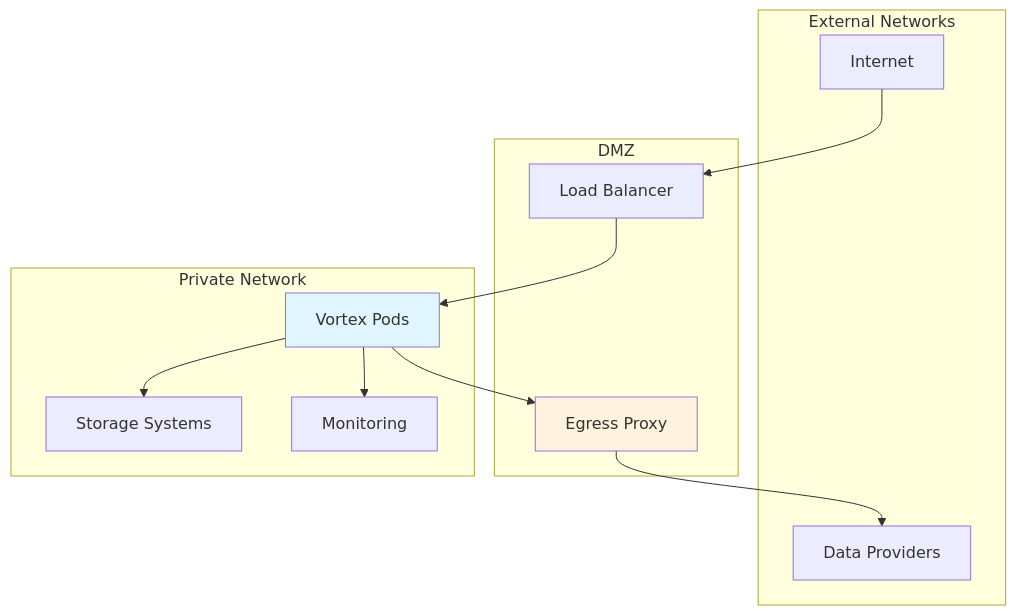
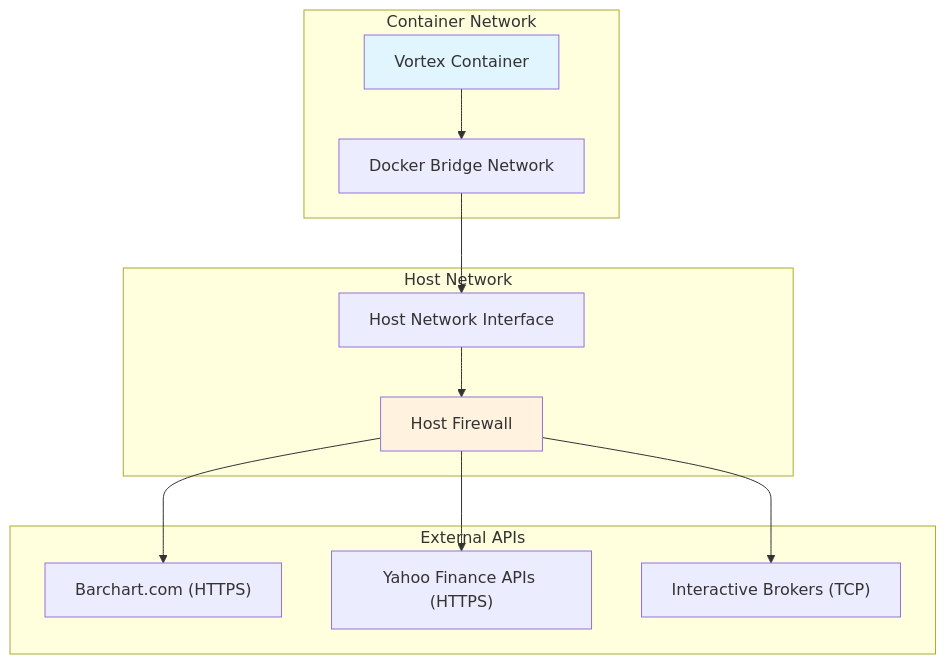
The fourth of 5 diagrams in docs/design/hld/07-deployment-architecture.md (makutaku/vortex), drawn with Mermaid before and after one commit. The commit also changed other lines of this file and 2 other files, not shown here.

````diff
--- a/docs/design/hld/07-deployment-architecture.md
+++ b/docs/design/hld/07-deployment-architecture.md
@@ -537,28 +489,28 @@
 ```mermaid
 graph TB
-    subgraph "External Networks"
-        Internet[Internet]
-        Providers[Data Providers]
+    subgraph "External APIs"
+        Barchart["Barchart.com (HTTPS)"]
+        Yahoo["Yahoo Finance APIs (HTTPS)"]
+        IBKR["Interactive Brokers (TCP)"]
     end
     
-    subgraph "DMZ"
-        LB[Load Balancer]
-        Proxy[Egress Proxy]
+    subgraph "Container Network"
+        VortexContainer[Vortex Container]
+        DockerNetwork[Docker Bridge Network]
     end
     
-    subgraph "Private Network"
-        App[Vortex Pods]
-        Storage[Storage Systems]
-        Monitor[Monitoring]
+    subgraph "Host Network"
+        HostInterface[Host Network Interface]
+        Firewall[Host Firewall]
     end
     
-    Internet --> LB
-    LB --> App
-    App --> Proxy
-    Proxy --> Providers
-    App --> Storage
-    App --> Monitor
+    VortexContainer --> DockerNetwork
+    DockerNetwork --> HostInterface
+    HostInterface --> Firewall
+    Firewall --> Barchart
+    Firewall --> Yahoo
+    Firewall --> IBKR
     
-    style App fill:#e1f5fe
-    style Proxy fill:#fff3e0
+    style VortexContainer fill:#e1f5fe
+    style Firewall fill:#fff3e0
 ```
````
